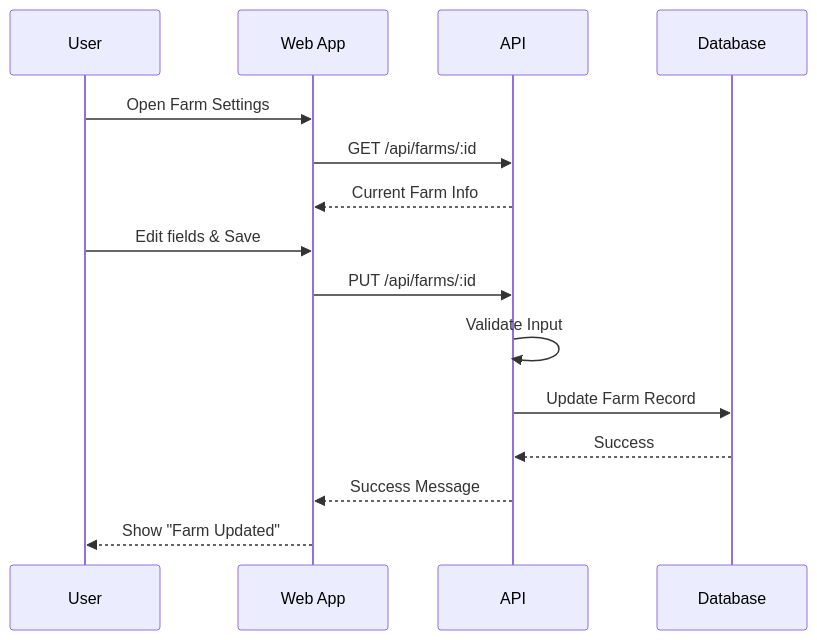
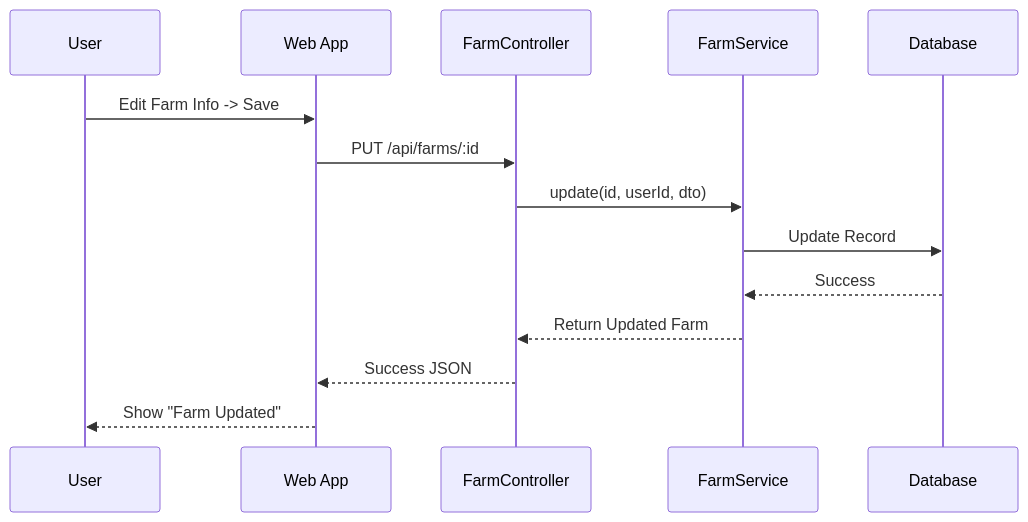
One commit to duong4444/agribot-dev changed the second of 3 diagrams in DOC-TTCS/farm_management_docs.md. Above: the diagram before and after it, drawn with Mermaid. The commit also changed other lines of this file and 7 other files, not shown here.

````diff
--- a/DOC-TTCS/farm_management_docs.md
+++ b/DOC-TTCS/farm_management_docs.md
@@ -71,18 +73,18 @@
 ```mermaid
 sequenceDiagram
     participant U as User
     participant FE as Web App
-    participant BE as API
+    participant CTL as FarmController
+    participant SVC as FarmService
     participant DB as Database
 
-    U->>FE: Open Farm Settings
-    FE->>BE: GET /api/farms/:id
-    BE-->>FE: Current Farm Info
-    U->>FE: Edit fields & Save
-    FE->>BE: PUT /api/farms/:id
-    BE->>BE: Validate Input
-    BE->>DB: Update Farm Record
-    DB-->>BE: Success
-    BE-->>FE: Success Message
+    U->>FE: Edit Farm Info -> Save
+    FE->>CTL: PUT /api/farms/:id
+    CTL->>SVC: update(id, userId, dto)
+    
+    SVC->>DB: Update Record
+    DB-->>SVC: Success
+    SVC-->>CTL: Return Updated Farm
+    CTL-->>FE: Success JSON
     FE-->>U: Show "Farm Updated"
 ```
````
